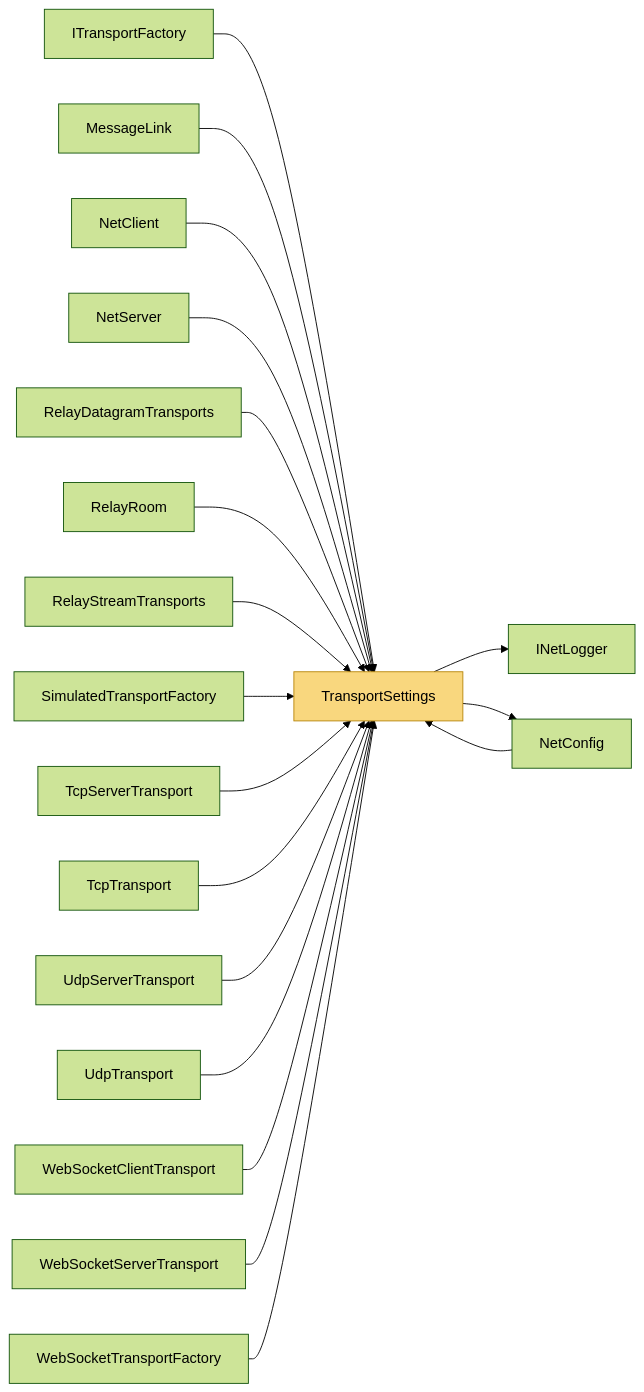
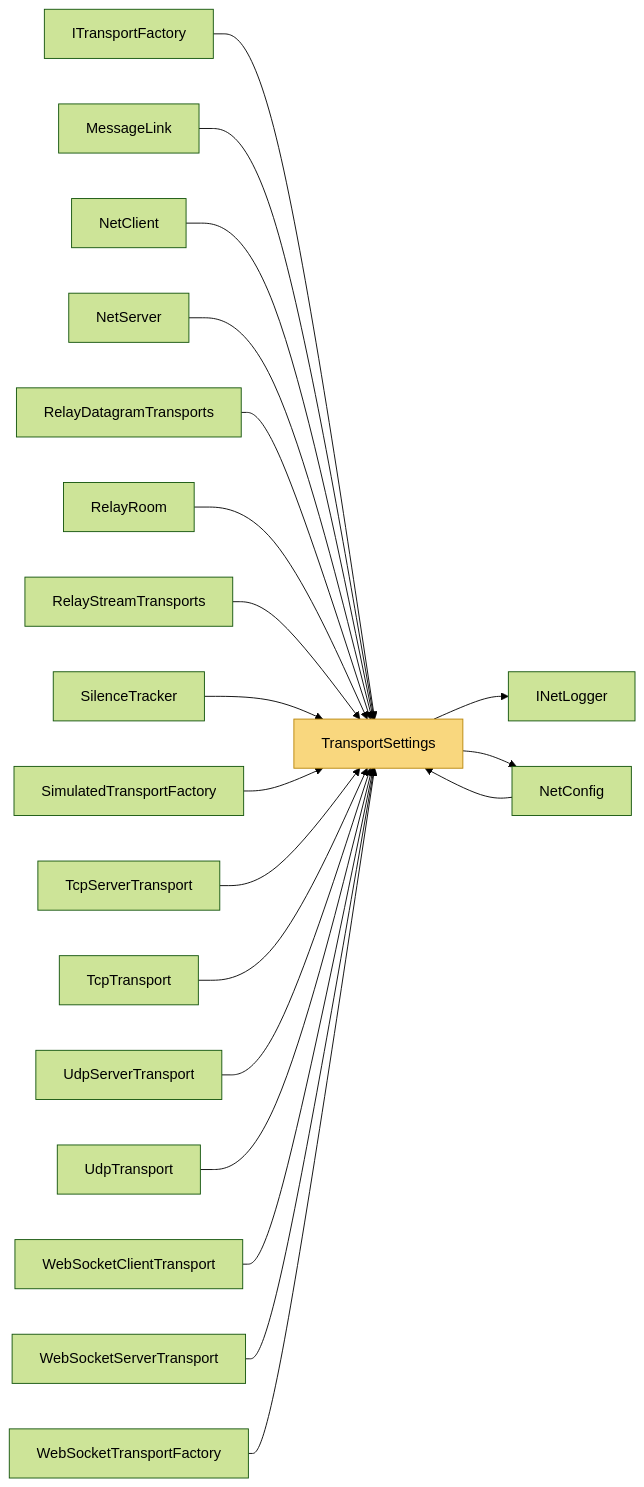
One commit to VladislavKresov/NetSync changed the diagram in docs/Code/Transports/TransportSettings.md. Above: the diagram before and after it, drawn with Mermaid (forest theme). The commit also changed other lines of this file and 56 other files, not shown here.

Commit message:
Docs: limitations and roadmap after rc.6 work; regenerated code reference

````diff
--- a/docs/Code/Transports/TransportSettings.md
+++ b/docs/Code/Transports/TransportSettings.md
@@ -57,23 +57,24 @@
 ```mermaid
 flowchart LR
   m_TransportSettings["TransportSettings"]:::self
   m_TransportSettings --> m_INetLogger["INetLogger"]
   m_TransportSettings --> m_NetConfig["NetConfig"]
   m_ITransportFactory["ITransportFactory"] --> m_TransportSettings
   m_MessageLink["MessageLink"] --> m_TransportSettings
   m_NetClient["NetClient"] --> m_TransportSettings
   m_NetConfig --> m_TransportSettings
   m_NetServer["NetServer"] --> m_TransportSettings
   m_RelayDatagramTransports["RelayDatagramTransports"] --> m_TransportSettings
   m_RelayRoom["RelayRoom"] --> m_TransportSettings
   m_RelayStreamTransports["RelayStreamTransports"] --> m_TransportSettings
+  m_SilenceTracker["SilenceTracker"] --> m_TransportSettings
   m_SimulatedTransportFactory["SimulatedTransportFactory"] --> m_TransportSettings
   m_TcpServerTransport["TcpServerTransport"] --> m_TransportSettings
   m_TcpTransport["TcpTransport"] --> m_TransportSettings
   m_UdpServerTransport["UdpServerTransport"] --> m_TransportSettings
   m_UdpTransport["UdpTransport"] --> m_TransportSettings
   m_WebSocketClientTransport["WebSocketClientTransport"] --> m_TransportSettings
   m_WebSocketServerTransport["WebSocketServerTransport"] --> m_TransportSettings
   m_WebSocketTransportFactory["WebSocketTransportFactory"] --> m_TransportSettings
   classDef self fill:#f9d77e,stroke:#b8860b,color:#000
 ```
````
